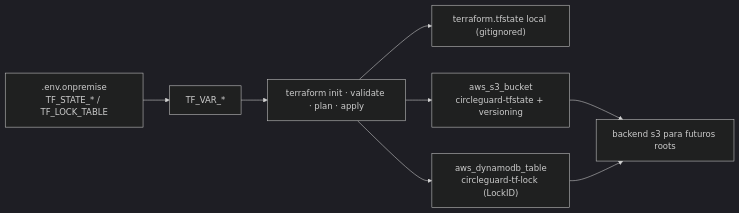
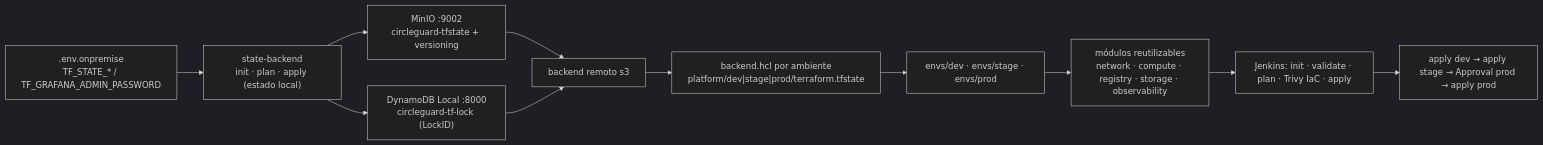
The diagram in docs/diagramas/02-flujo-terraform.mmd (ingesoft5/circle-guard-finalproject-A00401805-A00405090-A00401428-A00377013), drawn with Mermaid (dark theme) before and after one commit. The commit also changed 63 other files, not shown here.

```diff
--- a/docs/diagramas/02-flujo-terraform.mmd
+++ b/docs/diagramas/02-flujo-terraform.mmd
@@ -1,8 +1,11 @@
 flowchart LR
-  ENV[".env.onpremise<br/>TF_STATE_* / TF_LOCK_TABLE"] --> VAR["TF_VAR_*"]
-  VAR --> TF["terraform init · validate · plan · apply"]
-  TF --> LOCAL["terraform.tfstate local (gitignored)"]
-  TF --> S3["aws_s3_bucket<br/>circleguard-tfstate + versioning"]
-  TF --> LOCK["aws_dynamodb_table<br/>circleguard-tf-lock (LockID)"]
-  S3 --> BACKEND["backend s3 para futuros roots"]
-  LOCK --> BACKEND
+  ENV[".env.onpremise<br/>TF_STATE_* / TF_GRAFANA_ADMIN_PASSWORD"] --> BOOT["state-backend<br/>init · plan · apply (estado local)"]
+  BOOT --> S3["MinIO :9002<br/>circleguard-tfstate + versioning"]
+  BOOT --> LOCK["DynamoDB Local :8000<br/>circleguard-tf-lock (LockID)"]
+  S3 --> BACK["backend remoto s3"]
+  LOCK --> BACK
+  BACK --> HC["backend.hcl por ambiente<br/>platform/dev|stage|prod/terraform.tfstate"]
+  HC --> ROOTS["envs/dev · envs/stage · envs/prod"]
+  ROOTS --> MODS["módulos reutilizables<br/>network · compute · registry · storage · observability"]
+  MODS --> CI["Jenkins: init · validate · plan · Trivy IaC · apply"]
+  CI --> APPLY["apply dev → apply stage → Approval prod → apply prod"]
```
